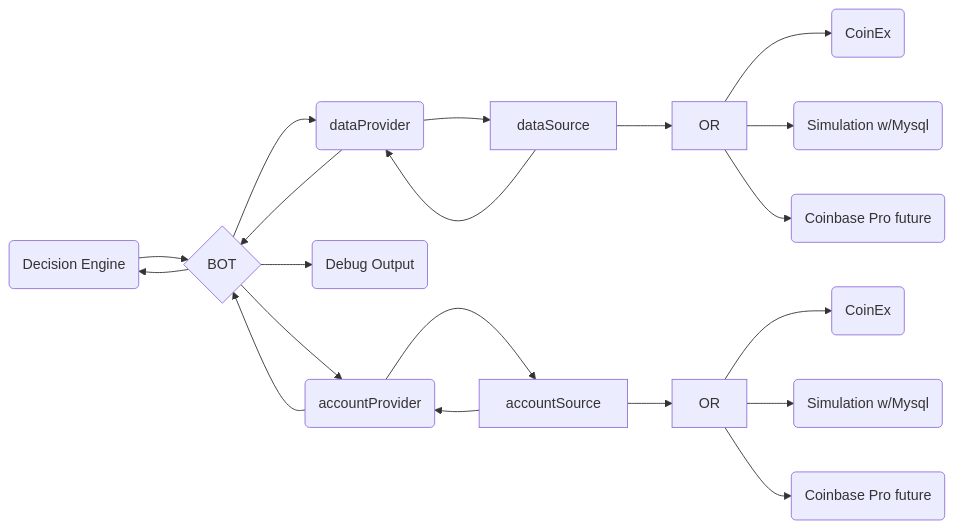
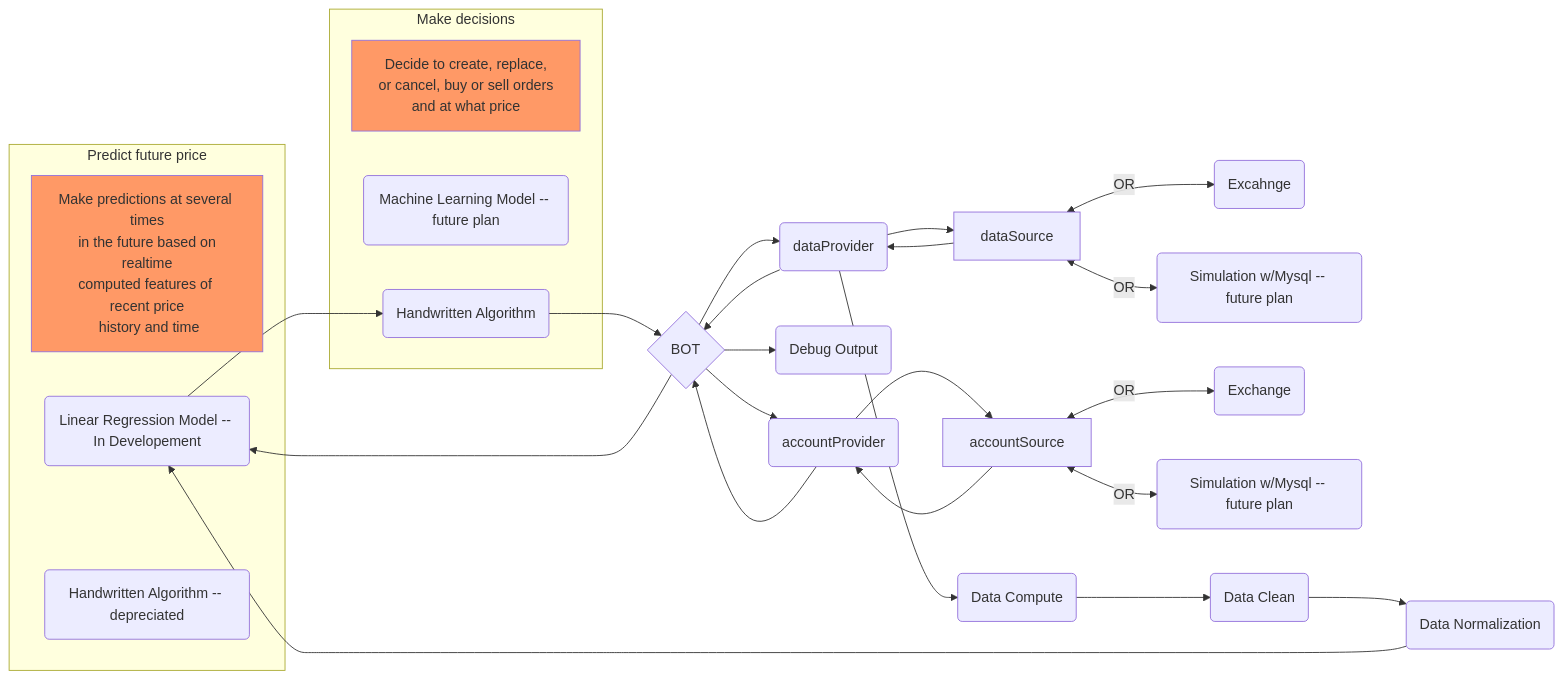
The diagram in readme.md (markjwill/cryptoBot), drawn with Mermaid before and after one commit. The commit also changed other lines of this file and 19 other files, not shown here.

Commit message:
initial Machine Learning training tests starting to rewrite all data preparation utilizing pandas some old uncommitted changes

````diff
--- a/readme.md
+++ b/readme.md
@@ -43,33 +60,49 @@
 ```mermaid
 graph LR
-B(Decision Engine)
+subgraph Predict future price
+	Q[Make predictions at several times<br> in the future based on realtime<br>computed features of recent price<br> history and time]
+N(Linear Regression Model -- In Developement)
+O(Handwritten Algorithm -- depreciated)
+end
+subgraph Make decisions
+	QQ[Decide to create, replace, <br>or cancel, buy or sell orders<br> and at what price]
+B(Machine Learning Model -- future plan)
+P(Handwritten Algorithm)
+end
 A{BOT} 
+D(accountProvider)
+F[accountSource ]
+I[dataSource]
+J(Excahnge)
+K(Simulation w/Mysql -- future plan)
+R(Debug Output)
+G(Exchange)
+H(Simulation w/Mysql -- future plan)
 C(dataProvider)
-I[dataSource]
-J(CoinEx)
-K(Simulation w/Mysql)
-L(Coinbase Pro future)
-R(Debug Output)
-D(accountProvider)
-F[accountSource]
-G(CoinEx)
-H(Simulation w/Mysql)
-M(Coinbase Pro future )
+C1(Data Compute)
+C2(Data Clean)
+C3(Data Normalization)
 D --> F
-A --> B
-B --> A
+N --> P
+A --> N
+P --> A
 A --> C
+C --> C1
+C1 --> C2
+C2 --> C3
+C3 --> N
 A --> R
 C --> A
 F --> D
 A --> D
 D --> A
 C --> I
 I --> C
-F --> X[OR] --> G
-X --> H
-X --> M
-I --> OR --> J
-OR --> K
-OR --> L
+F <-- OR --> G
+F <-- OR --> H
+I <-- OR --> J
+I <-- OR --> K
+classDef orange fill:#f96
+class Q orange
+class QQ orange
 ```
````
